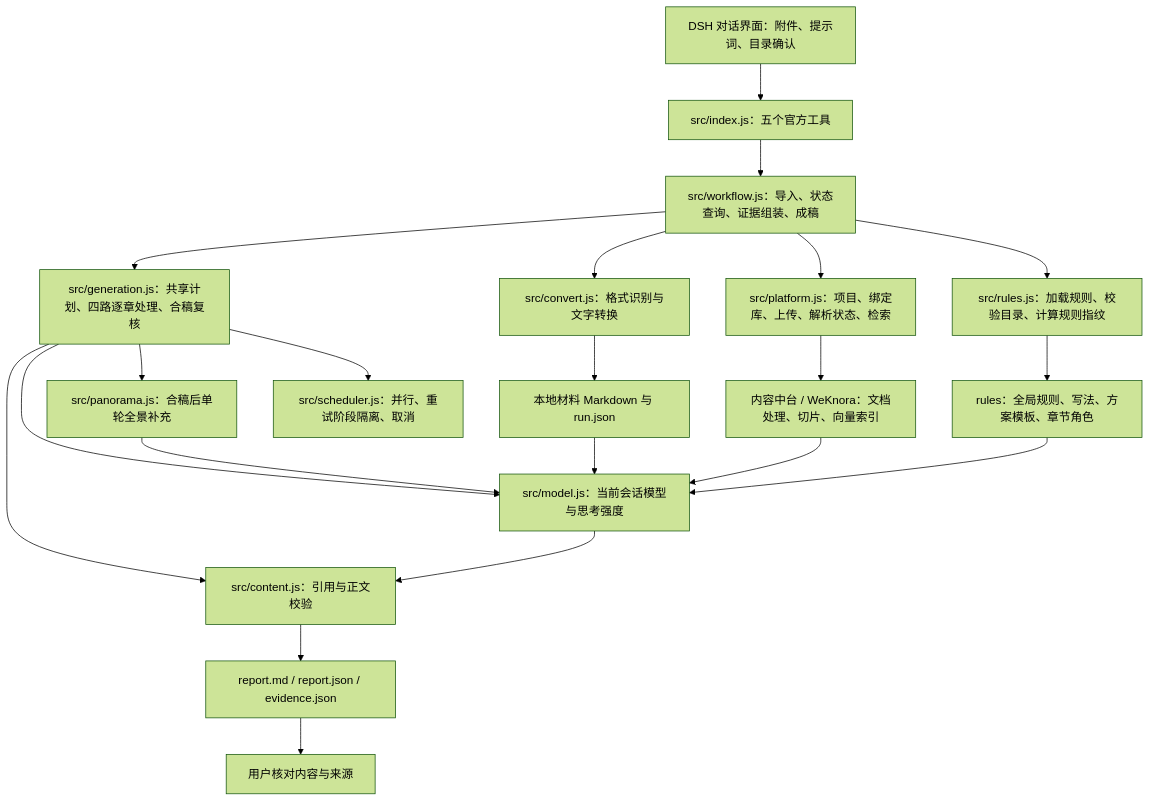
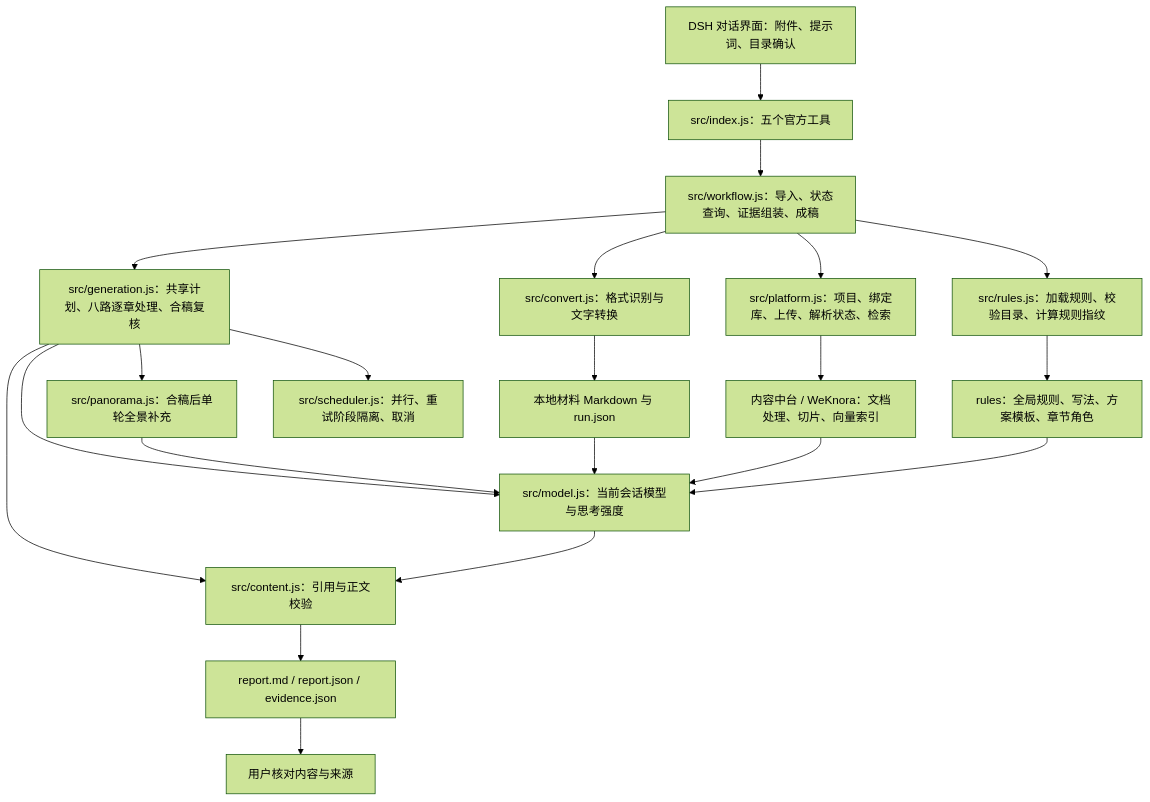
The diagram in README.md (z460046000-ops/WLYD_content), drawn with Mermaid (forest theme) before and after one commit. The commit also changed other lines of this file and 11 other files, not shown here.

````diff
--- a/README.md
+++ b/README.md
@@ -26,23 +26,23 @@
 ```mermaid
 flowchart TD
     A[DSH 对话界面：附件、提示词、目录确认] --> B[src/index.js：五个官方工具]
     B --> C[src/workflow.js：导入、状态查询、证据组装、成稿]
     C --> D[src/convert.js：格式识别与文字转换]
     D --> E[本地材料 Markdown 与 run.json]
     C --> F[src/platform.js：项目、绑定库、上传、解析状态、检索]
     F --> G[内容中台 / WeKnora：文档处理、切片、向量索引]
     C --> H[src/rules.js：加载规则、校验目录、计算规则指纹]
     H --> I[rules：全局规则、写法、方案模板、章节角色]
-    C --> N[src/generation.js：共享计划、四路逐章处理、合稿复核]
+    C --> N[src/generation.js：共享计划、八路逐章处理、合稿复核]
     N --> J[src/model.js：当前会话模型与思考强度]
     N --> S[src/scheduler.js：并行、重试阶段隔离、取消]
     N --> P[src/panorama.js：合稿后单轮全景补充]
     P --> J
     N --> K[src/content.js：引用与正文校验]
     E --> J
     G --> J
     I --> J
     J --> K
     K --> L[report.md / report.json / evidence.json]
     L --> M[用户核对内容与来源]
 ```
````
